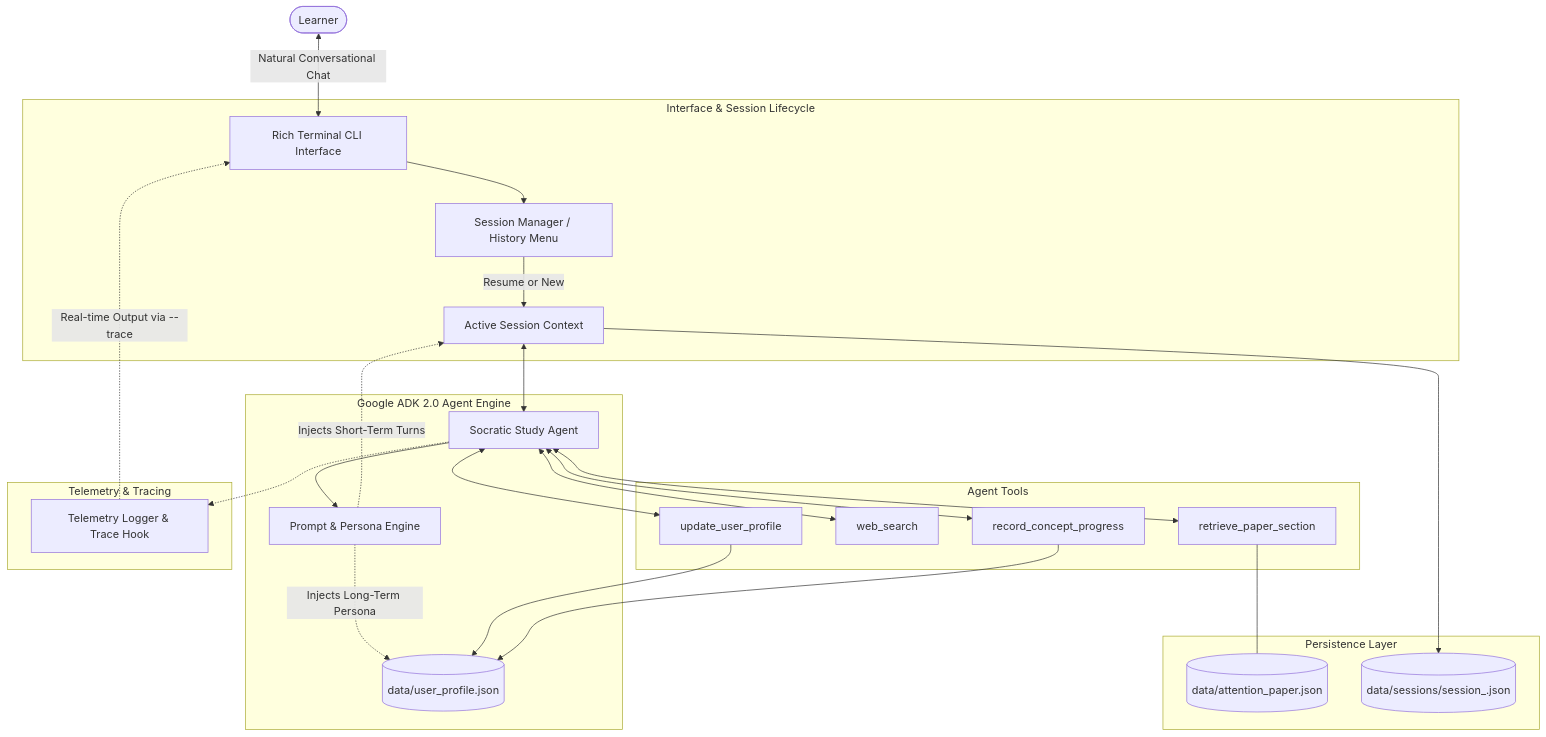
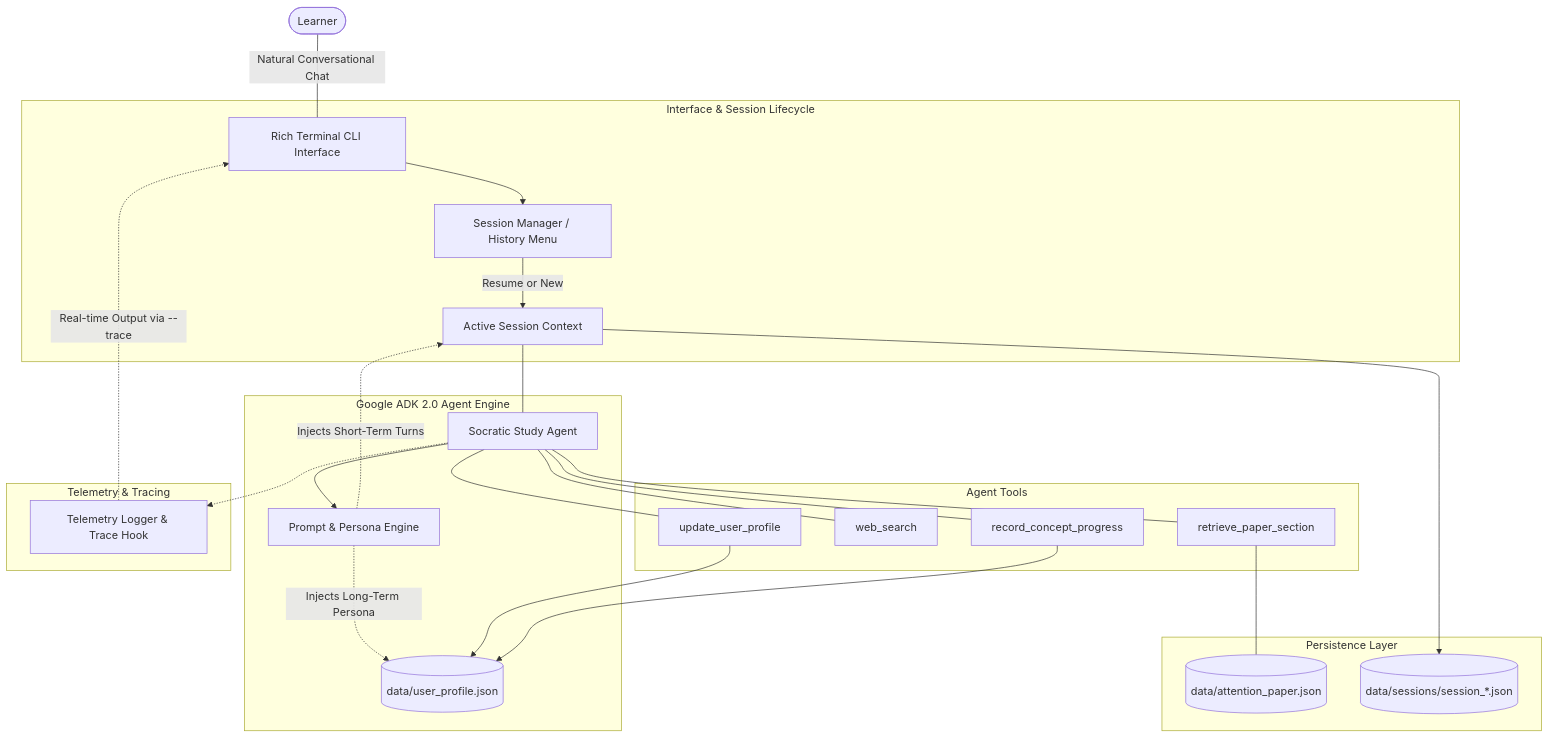
Before and after one commit to jesseturner-fde/socraticbot: the diagram in COPY_TECH_DESIGN.md, drawn with Mermaid. The commit also changed 5 other files, not shown here.

Commit message:
docs: clean mermaid syntax formatting and add pyrightconfig

````diff
--- a/COPY_TECH_DESIGN.md
+++ b/COPY_TECH_DESIGN.md
@@ -31,35 +31,35 @@
 ```mermaid
 flowchart TD
-    User([Learner]) <-->|Natural Conversational Chat| CLI[Rich Terminal CLI Interface]
+    User([Learner]) ---|"Natural Conversational Chat"| CLI["Rich Terminal CLI Interface"]
     
-    subgraph UI_Layer [Interface & Session Lifecycle]
-        CLI --> SessionManager[Session Manager / History Menu]
-        SessionManager -->|Resume or New| ActiveSession[Active Session Context]
+    subgraph UI_Layer ["Interface & Session Lifecycle"]
+        CLI --> SessionManager["Session Manager / History Menu"]
+        SessionManager -->|Resume or New| ActiveSession["Active Session Context"]
     end
     
-    subgraph Orchestrator [Google ADK 2.0 Agent Engine]
-        ActiveSession <--> Agent[Socratic Study Agent]
-        Agent --> PromptEngine[Prompt & Persona Engine]
-        PromptEngine -.->|Injects Long-Term Persona| UserProfile
-        PromptEngine -.->|Injects Short-Term Turns| ActiveSession
+    subgraph Orchestrator ["Google ADK 2.0 Agent Engine"]
+        ActiveSession --- Agent["Socratic Study Agent"]
+        Agent --> PromptEngine["Prompt & Persona Engine"]
+        PromptEngine -.->|"Injects Long-Term Persona"| UserProfile
+        PromptEngine -.->|"Injects Short-Term Turns"| ActiveSession
     end
     
-    subgraph Tool_Ecosystem [Agent Tools]
-        Agent <--> ToolPaper[retrieve_paper_section]
-        Agent <--> ToolSearch[web_search]
-        Agent <--> ToolProfile[update_user_profile]
-        Agent <--> ToolProgress[record_concept_progress]
+    subgraph Tool_Ecosystem ["Agent Tools"]
+        Agent --- ToolPaper["retrieve_paper_section"]
+        Agent --- ToolSearch["web_search"]
+        Agent --- ToolProfile["update_user_profile"]
+        Agent --- ToolProgress["record_concept_progress"]
     end
     
-    subgraph Storage_Layer [Persistence Layer]
-        ToolPaper --- PaperData[(data/attention_paper.json)]
-        ToolProfile --> UserProfile[(data/user_profile.json)]
+    subgraph Storage_Layer ["Persistence Layer"]
+        ToolPaper --- PaperData[("data/attention_paper.json")]
+        ToolProfile --> UserProfile[("data/user_profile.json")]
         ToolProgress --> UserProfile
-        ActiveSession --> SessionLogs[(data/sessions/session_<timestamp>.json)]
+        ActiveSession --> SessionLogs[("data/sessions/session_*.json")]
     end
     
-    subgraph Observability_Layer [Telemetry & Tracing]
-        Agent -.-> Telemetry[Telemetry Logger & Trace Hook]
-        Telemetry -.->|Real-time Output via --trace| CLI
+    subgraph Observability_Layer ["Telemetry & Tracing"]
+        Agent -.-> Telemetry["Telemetry Logger & Trace Hook"]
+        Telemetry -.->|"Real-time Output via --trace"| CLI
     end
 ```
````
